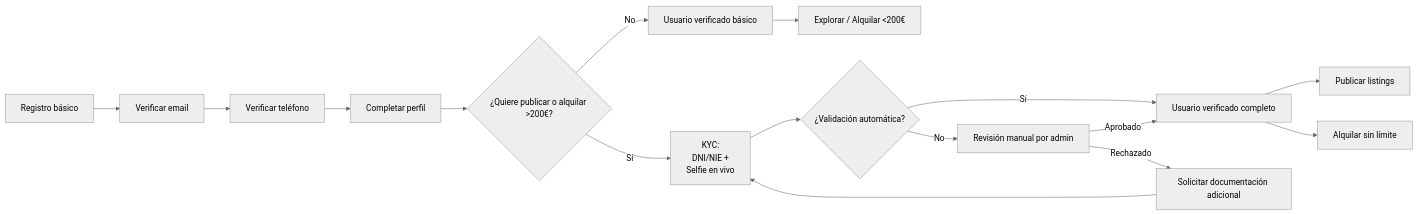
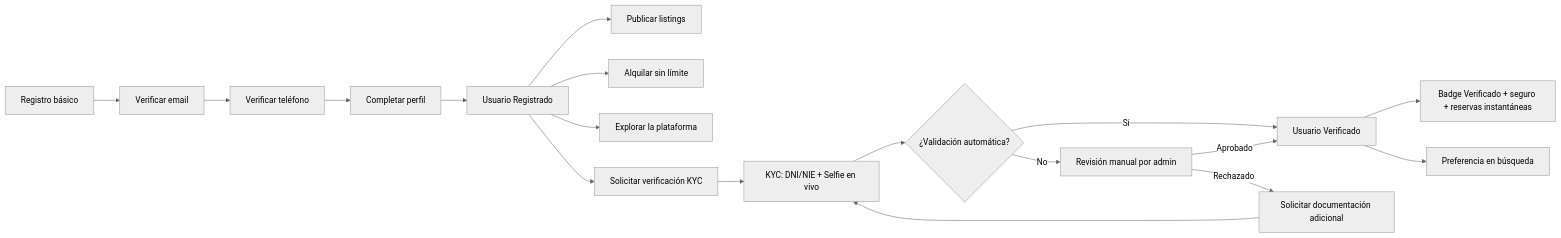
One commit to hugoolmo63/Toolyo changed the sixth of 7 diagrams in docs/05-diagramas-navegacion.md. Above: the diagram before and after it, drawn with Mermaid (neutral theme). The commit also changed other lines of this file and 5 other files, not shown here.

Commit message:
el KYC no es obligatorio, sera una garantia mas para el alquiler. Se limita el valor del bien si no existe KYC y no se ofrecera seguro

````diff
--- a/docs/05-diagramas-navegacion.md
+++ b/docs/05-diagramas-navegacion.md
@@ -279,23 +283,23 @@
 ```mermaid
 flowchart LR
     A[Registro básico] --> B[Verificar email]
     B --> C[Verificar teléfono]
     C --> D[Completar perfil]
+    D --> E[Usuario Registrado]
 
-    D --> E{¿Quiere publicar o alquilar >200€?}
-    E -->|No| F[Usuario verificado básico]
-    E -->|Sí| G[KYC:
-    DNI/NIE +
-    Selfie en vivo]
+    E --> F[Publicar listings]
+    E --> G[Alquilar sin límite]
+    E --> H[Explorar la plataforma]
+    E --> I[Solicitar verificación KYC]
 
-    G --> H{¿Validación automática?}
-    H -->|Sí| I[Usuario verificado completo]
-    H -->|No| J[Revisión manual por admin]
-    J -->|Aprobado| I
-    J -->|Rechazado| K[Solicitar documentación adicional]
-    K --> G
+    I --> J[KYC: DNI/NIE + Selfie en vivo]
+    J --> K{¿Validación automática?}
+    K -->|Sí| L[Usuario Verificado]
+    K -->|No| M[Revisión manual por admin]
+    M -->|Aprobado| L
+    M -->|Rechazado| N[Solicitar documentación adicional]
+    N --> J
 
-    F --> L[Explorar / Alquilar <200€]
-    I --> M[Publicar listings]
-    I --> N[Alquilar sin límite]
+    L --> O[Badge Verificado + seguro + reservas instantáneas]
+    L --> P[Preferencia en búsqueda]
 ```
````
